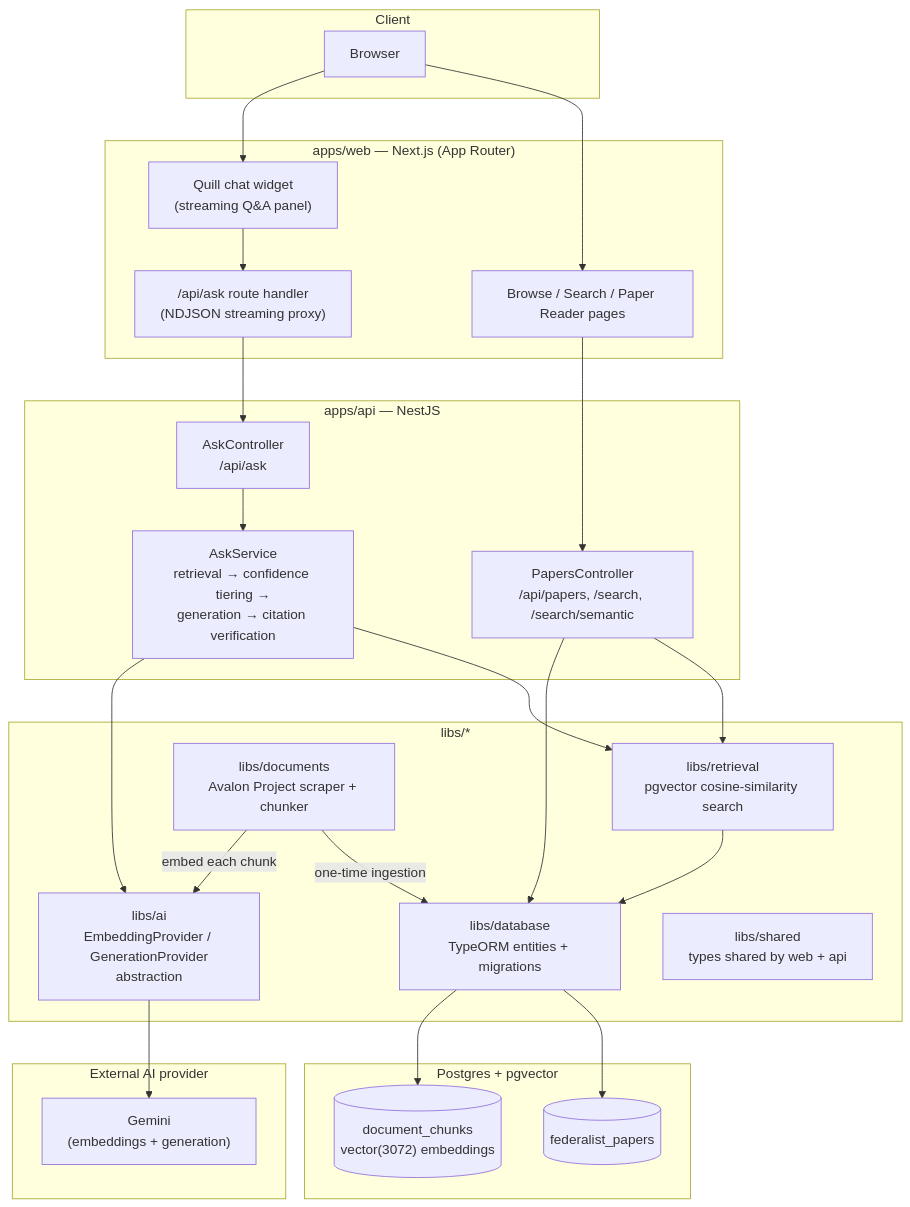
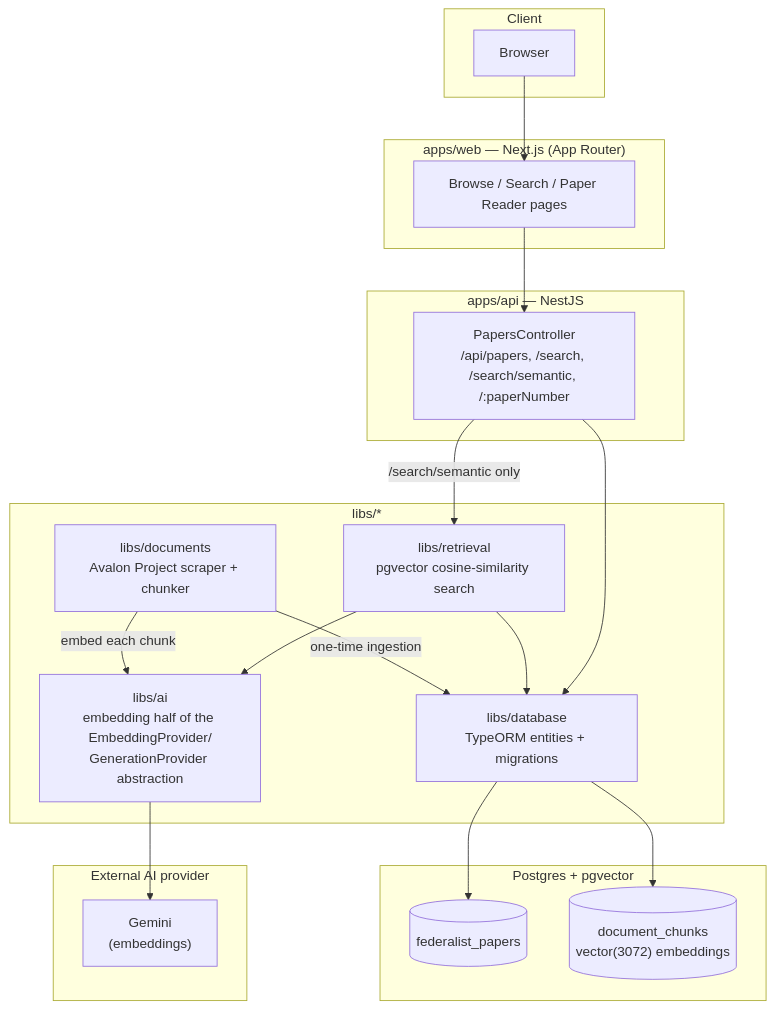
Before and after one commit to scotthun/federalist_papers_ai_research_assistant: the first of 2 diagrams in README.md, drawn with Mermaid. The commit also changed other lines of this file and 1 other file, not shown here.

Commit message:
docs: split README architecture diagram into Browse/Search and chat-widget journeys

````diff
--- a/README.md
+++ b/README.md
@@ -36,56 +45,46 @@
 ```mermaid
 flowchart TB
     subgraph Client
         Browser[Browser]
     end
 
     subgraph Web["apps/web — Next.js (App Router)"]
         Pages["Browse / Search / Paper Reader pages"]
-        Quill["Quill chat widget<br/>(streaming Q&A panel)"]
-        AskRoute["/api/ask route handler<br/>(NDJSON streaming proxy)"]
     end
 
     subgraph Api["apps/api — NestJS"]
-        PapersController["PapersController<br/>/api/papers, /search, /search/semantic"]
-        AskController["AskController<br/>/api/ask"]
-        AskService["AskService<br/>retrieval → confidence tiering →<br/>generation → citation verification"]
+        PapersController["PapersController<br/>/api/papers, /search, /search/semantic, /:paperNumber"]
     end
 
     subgraph Libs["libs/*"]
         Retrieval["libs/retrieval<br/>pgvector cosine-similarity search"]
-        Ai["libs/ai<br/>EmbeddingProvider / GenerationProvider<br/>abstraction"]
+        Ai["libs/ai<br/>embedding half of the EmbeddingProvider/<br/>GenerationProvider abstraction"]
         Documents["libs/documents<br/>Avalon Project scraper + chunker"]
         Database["libs/database<br/>TypeORM entities + migrations"]
-        Shared["libs/shared<br/>types shared by web + api"]
     end
 
     subgraph Data["Postgres + pgvector"]
         Papers[("federalist_papers")]
         Chunks[("document_chunks<br/>vector(3072) embeddings")]
     end
 
     subgraph External["External AI provider"]
-        Gemini["Gemini<br/>(embeddings + generation)"]
+        Gemini["Gemini<br/>(embeddings)"]
     end
 
     Browser --> Pages
-    Browser --> Quill
-    Quill --> AskRoute
-    AskRoute --> AskController
     Pages --> PapersController
 
-    AskController --> AskService
-    PapersController --> Retrieval
-    AskService --> Retrieval
-    AskService --> Ai
+    PapersController -->|"/search/semantic only"| Retrieval
+    PapersController --> Database
 
     Retrieval --> Database
-    PapersController --> Database
+    Retrieval --> Ai
+    Ai --> Gemini
+
     Database --> Papers
     Database --> Chunks
-
-    Ai --> Gemini
 
     Documents -->|"one-time ingestion"| Database
     Documents -->|"embed each chunk"| Ai
 ```
````
